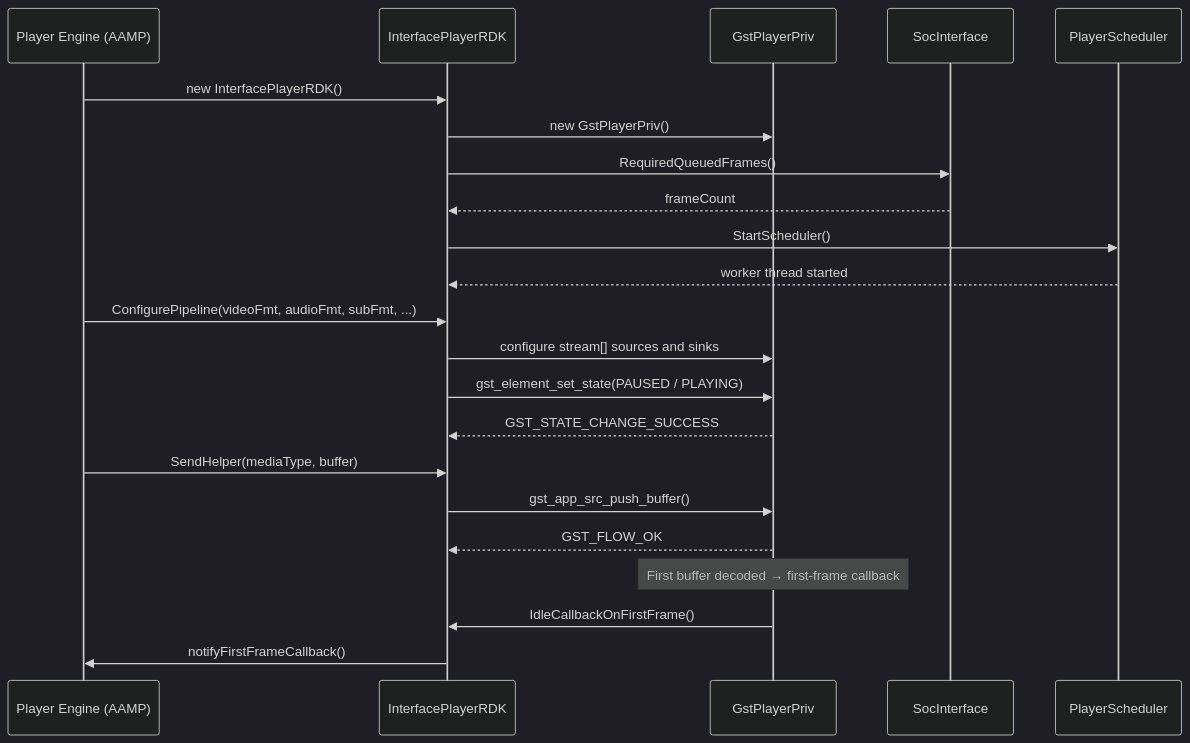
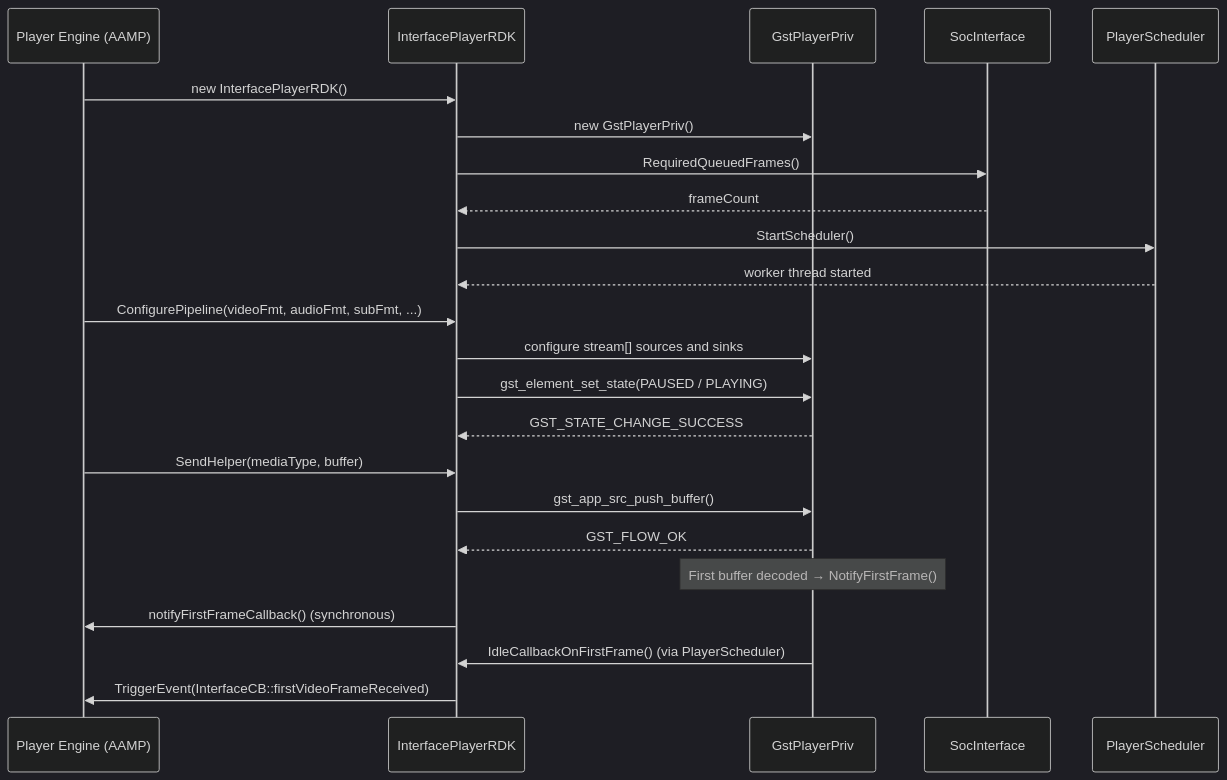
One commit to rdkcentral/middleware-player-interface changed the third of 7 diagrams in README.md. Above: the diagram before and after it, drawn with Mermaid (dark theme). The commit also changed other lines of this file, not shown here.

````diff
--- a/README.md
+++ b/README.md
@@ -185,28 +185,29 @@
 ```mermaid
 sequenceDiagram
     participant Engine as Player Engine (AAMP)
     participant MPI as InterfacePlayerRDK
     participant Priv as GstPlayerPriv
     participant Soc as SocInterface
     participant Sched as PlayerScheduler
 
     Engine->>MPI: new InterfacePlayerRDK()
     MPI->>Priv: new GstPlayerPriv()
     MPI->>Soc: RequiredQueuedFrames()
     Soc-->>MPI: frameCount
     MPI->>Sched: StartScheduler()
     Sched-->>MPI: worker thread started
 
     Engine->>MPI: ConfigurePipeline(videoFmt, audioFmt, subFmt, ...)
     MPI->>Priv: configure stream[] sources and sinks
     MPI->>Priv: gst_element_set_state(PAUSED / PLAYING)
     Priv-->>MPI: GST_STATE_CHANGE_SUCCESS
 
     Engine->>MPI: SendHelper(mediaType, buffer)
     MPI->>Priv: gst_app_src_push_buffer()
     Priv-->>MPI: GST_FLOW_OK
 
-    Note over Priv: First buffer decoded → first-frame callback
-    Priv->>MPI: IdleCallbackOnFirstFrame()
-    MPI->>Engine: notifyFirstFrameCallback()
+    Note over Priv: First buffer decoded → NotifyFirstFrame()
+    MPI->>Engine: notifyFirstFrameCallback() (synchronous)
+    Priv->>MPI: IdleCallbackOnFirstFrame() (via PlayerScheduler)
+    MPI->>Engine: TriggerEvent(InterfaceCB::firstVideoFrameReceived)
 ```
````
